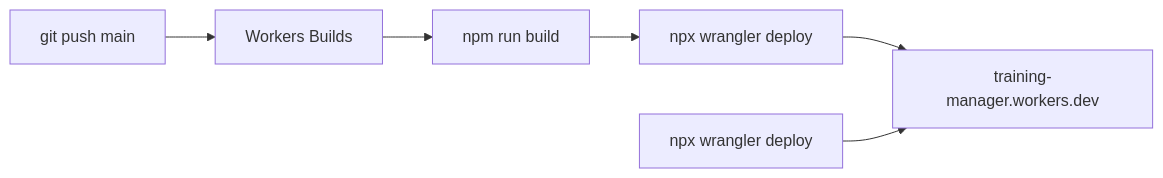
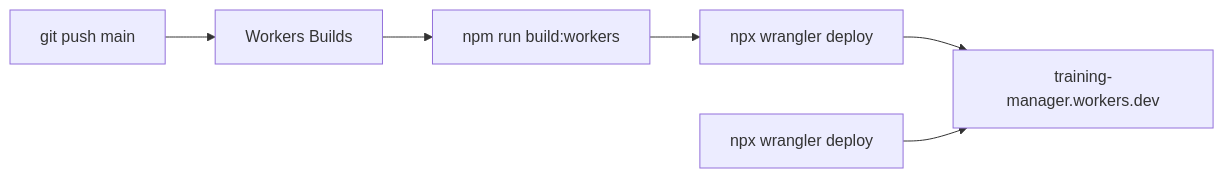
The diagram in context/changes/deployment/deployment-plan.md (gmaszkiewicz/training-manager), drawn with Mermaid before and after one commit. The commit also changed other lines of this file and 6 other files, not shown here.

````diff
--- a/context/changes/deployment/deployment-plan.md
+++ b/context/changes/deployment/deployment-plan.md
@@ -25,8 +25,8 @@
 ```mermaid
 flowchart LR
   pushMain["git push main"] --> workersBuilds["Workers Builds"]
-  workersBuilds --> buildCmd["npm run build"]
+  workersBuilds --> buildCmd["npm run build:workers"]
   buildCmd --> deployCmd["npx wrangler deploy"]
   deployCmd --> prod["training-manager.workers.dev"]
   cli["npx wrangler deploy"] --> prod
 ```
````
